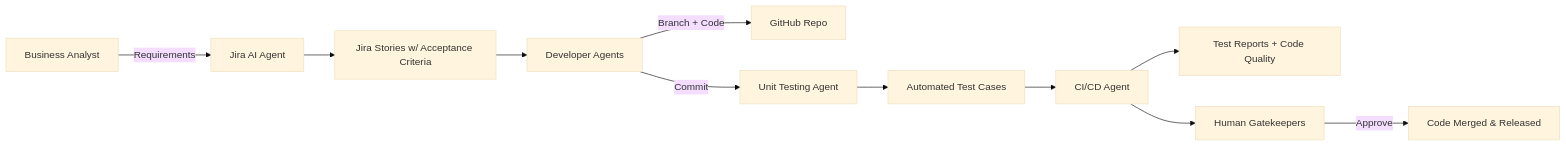
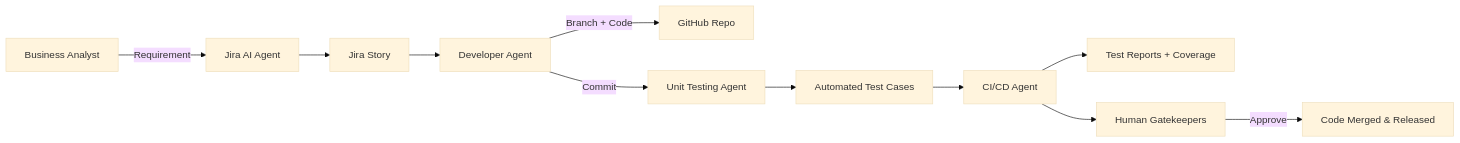
Before and after one commit to ananfauh7/AI-SDLC-VISION: the diagram in README.md, drawn with Mermaid (base theme). The commit also changed other lines of this file, not shown here.

````diff
--- a/README.md
+++ b/README.md
@@ -78,13 +104,13 @@
 ```mermaid
 flowchart LR
-    BA[Business Analyst] -->|Requirements| JiraAgent[Jira AI Agent]
-    JiraAgent --> Stories[Jira Stories w/ Acceptance Criteria]
-    Stories --> DevAgent[Developer Agents]
+    BA[Business Analyst] -->|Requirement| JiraAgent[Jira AI Agent]
+    JiraAgent --> Stories[Jira Story]
+    Stories --> DevAgent[Developer Agent]
     DevAgent -->|Branch + Code| GitHub[GitHub Repo]
     DevAgent -->|Commit| UnitTestAgent[Unit Testing Agent]
     UnitTestAgent --> Tests[Automated Test Cases]
     Tests --> CICDAgent[CI/CD Agent]
-    CICDAgent --> Reports[Test Reports + Code Quality]
+    CICDAgent --> Reports[Test Reports + Coverage]
     CICDAgent --> HumanReview[Human Gatekeepers]
     HumanReview -->|Approve| Merge[Code Merged & Released]
 ```
````
